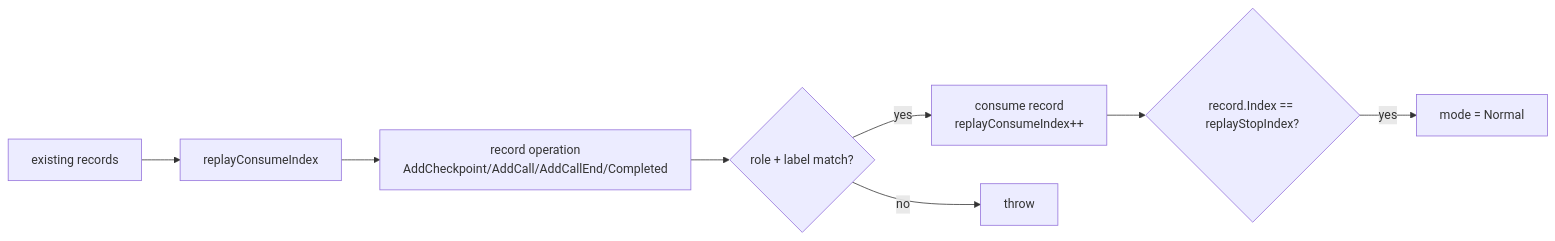
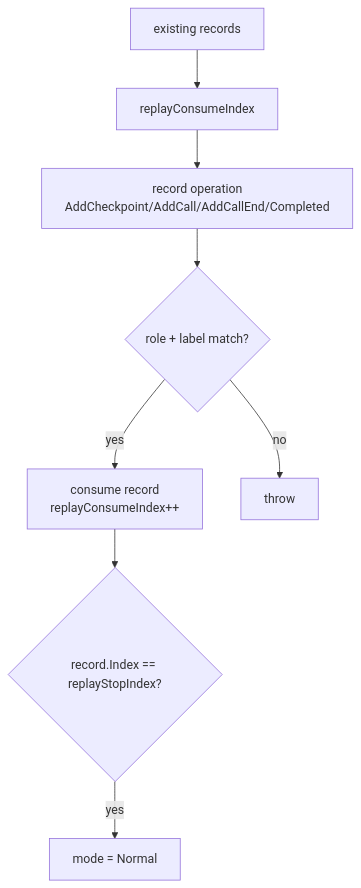
The seventh of 8 diagrams in docs/minimum-playback-algorithm.md (akeit0/AsyncPlayback), drawn with Mermaid before and after one commit. The commit also changed other lines of this file and 3 other files, not shown here.

````diff
--- a/docs/minimum-playback-algorithm.md
+++ b/docs/minimum-playback-algorithm.md
@@ -802,16 +770,16 @@
 ```mermaid
-flowchart LR
+flowchart TD
     Existing["existing records"]
     ReplayIndex["replayConsumeIndex"]
     Operation["record operation<br/>AddCheckpoint/AddCall/AddCallEnd/Completed"]
     Match{"role + label match?"}
     Consume["consume record<br/>replayConsumeIndex++"]
     Error["throw"]
     Done{"record.Index == replayStopIndex?"}
     Normal["mode = Normal"]
 
     Existing --> ReplayIndex --> Operation --> Match
     Match -- no --> Error
     Match -- yes --> Consume --> Done
     Done -- yes --> Normal
 ```
````
